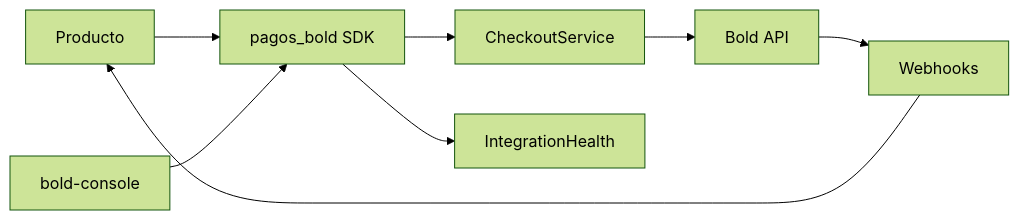
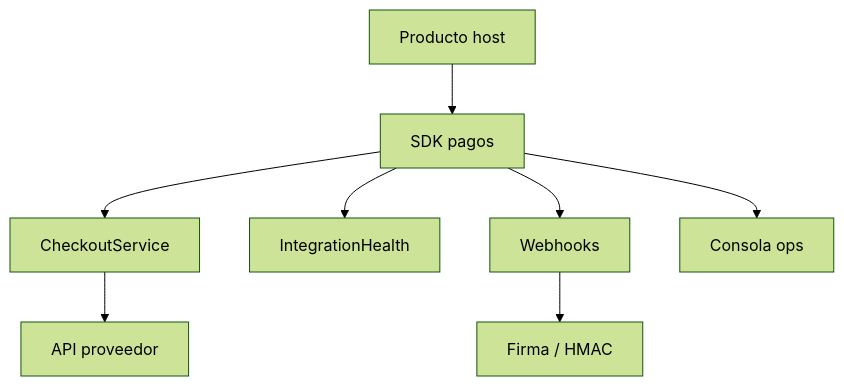
Before and after one commit to medellinwebsoluciones/web-ricardo: the diagram in docs/portfolio-briefs/arch/pagos-bold.mmd, drawn with Mermaid (forest theme). The commit also changed 45 other files, not shown here.

```diff
--- a/docs/portfolio-briefs/arch/pagos-bold.mmd
+++ b/docs/portfolio-briefs/arch/pagos-bold.mmd
@@ -1,8 +1,8 @@
-flowchart LR
-  App[Producto] --> SDK[pagos_bold SDK]
-  SDK --> Checkout[CheckoutService]
-  SDK --> Health[IntegrationHealth]
-  Checkout --> Bold[Bold API]
-  Bold --> WH[Webhooks]
-  WH --> App
-  Console[bold-console] --> SDK
+flowchart TB
+  Host[Producto host] --> SDK[SDK pagos]
+  SDK --> CO[CheckoutService]
+  SDK --> HH[IntegrationHealth]
+  SDK --> WH[Webhooks]
+  CO --> API[API proveedor]
+  WH --> SIG[Firma / HMAC]
+  SDK --> Ops[Consola ops]
```
